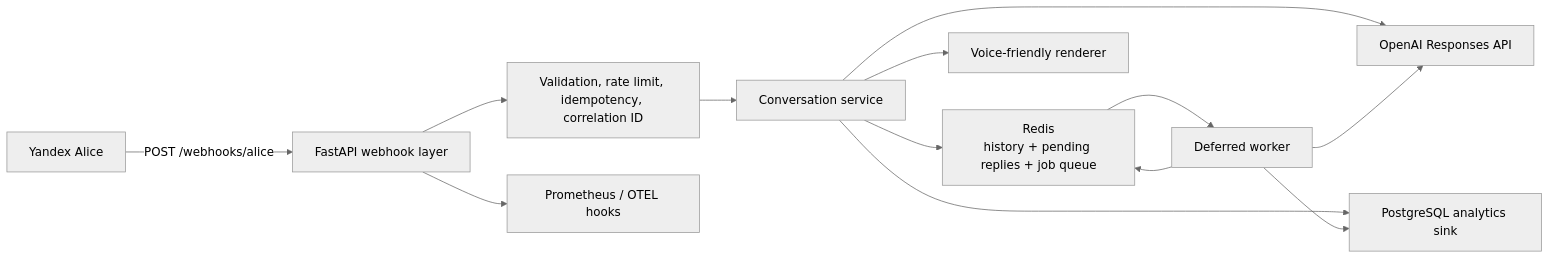
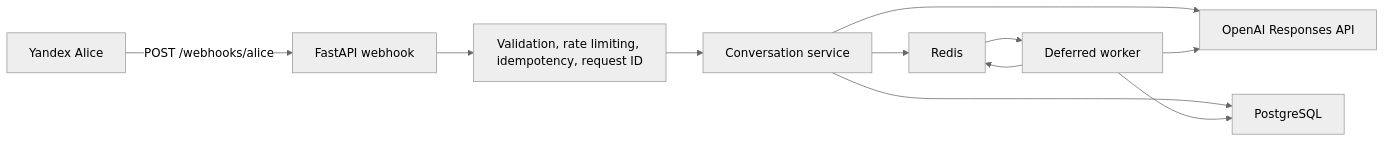
One commit to hu553in/yandex-alice-openai changed the first of 2 diagrams in README.md. Above: the diagram before and after it, drawn with Mermaid (neutral theme). The commit also changed other lines of this file and 101 other files, not shown here.

````diff
--- a/README.md
+++ b/README.md
@@ -20,15 +50,13 @@
 ```mermaid
 flowchart LR
-    Alice["Yandex Alice"] -->|POST /webhooks/alice| API["FastAPI webhook layer"]
-    API --> Guard["Validation, rate limit, idempotency, correlation ID"]
-    Guard --> Session["Conversation service"]
-    Session --> Redis["Redis<br/>history + pending replies + job queue"]
-    Session --> OpenAI["OpenAI Responses API"]
-    Session --> Renderer["Voice-friendly renderer"]
-    Session --> Postgres["PostgreSQL analytics sink"]
+    Alice["Yandex Alice"] -->|POST /webhooks/alice| API["FastAPI webhook"]
+    API --> Guard["Validation, rate limiting, idempotency, request ID"]
+    Guard --> Service["Conversation service"]
+    Service --> Redis["Redis"]
+    Service --> OpenAI["OpenAI Responses API"]
+    Service --> Postgres["PostgreSQL"]
     Redis --> Worker["Deferred worker"]
     Worker --> OpenAI
     Worker --> Redis
     Worker --> Postgres
-    API --> Metrics["Prometheus / OTEL hooks"]
 ```
````
